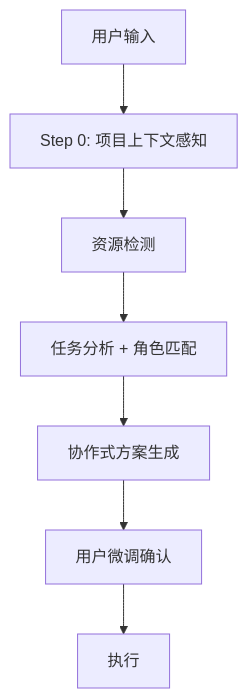
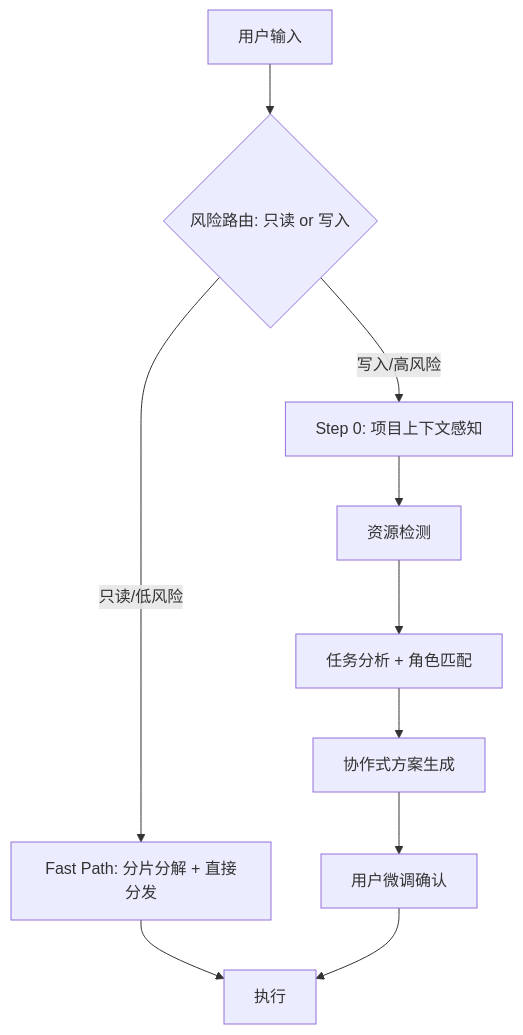
Before and after one commit to FrizzleFur/flowkit: the diagram in skills/multi-agent/SKILL.md, drawn with Mermaid. The commit also changed other lines of this file and 2 other files, not shown here.

First line of the commit message:
feat: 同步 multi-agent Fast Path 风险路由（消除 88 行双仓漂移）

````diff
--- a/skills/multi-agent/SKILL.md
+++ b/skills/multi-agent/SKILL.md
@@ -22,9 +26,12 @@
 ```mermaid
 graph TB
-    A[用户输入] --> S0[Step 0: 项目上下文感知]
+    A[用户输入] --> R{"风险路由: 只读 or 写入"}
+    R -->|"只读/低风险"| F["Fast Path: 分片分解 + 直接分发"]
+    R -->|"写入/高风险"| S0[Step 0: 项目上下文感知]
     S0 --> S1[资源检测]
     S1 --> S2[任务分析 + 角色匹配]
     S2 --> S3[协作式方案生成]
     S3 --> S4[用户微调确认]
-    S4 --> S5[执行]
+    F --> S5[执行]
+    S4 --> S5
 ```
````
